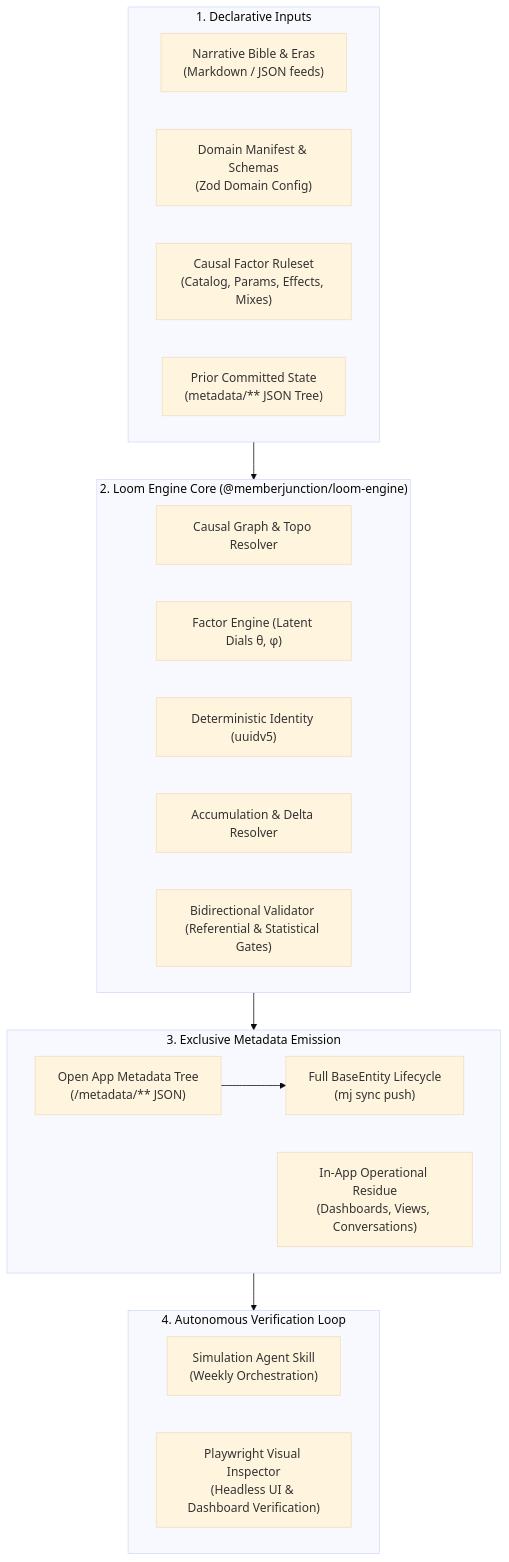
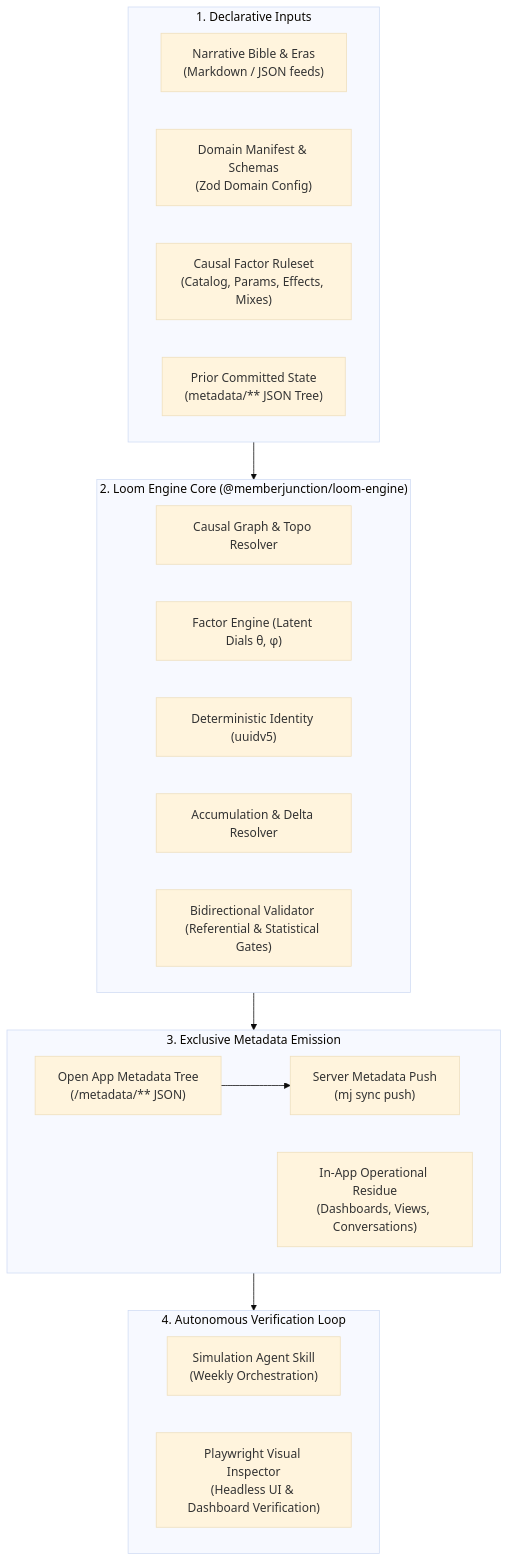
One commit to MemberJunction/loom changed the first of 2 diagrams in plans/loom-architecture-and-implementation-plan.md. Above: the diagram before and after it, drawn with Mermaid (base theme). The commit also changed other lines of this file and 18 other files, not shown here.

````diff
--- a/plans/loom-architecture-and-implementation-plan.md
+++ b/plans/loom-architecture-and-implementation-plan.md
@@ -59,33 +59,33 @@
 ```mermaid
 flowchart TD
     subgraph Inputs ["1. Declarative Inputs"]
         NC["Narrative Bible & Eras<br/>(Markdown / JSON feeds)"]
         DC["Domain Manifest & Schemas<br/>(Zod Domain Config)"]
         RS["Causal Factor Ruleset<br/>(Catalog, Params, Effects, Mixes)"]
         PS["Prior Committed State<br/>(metadata/** JSON Tree)"]
     end
 
     subgraph LoomCore ["2. Loom Engine Core (@memberjunction/loom-engine)"]
         CR["Causal Graph & Topo Resolver"]
         FR["Factor Engine (Latent Dials θ, φ)"]
         IS["Deterministic Identity (uuidv5)"]
         AR["Accumulation & Delta Resolver"]
         VR["Bidirectional Validator (Referential & Statistical Gates)"]
     end
 
     subgraph Emitters ["3. Exclusive Metadata Emission"]
         MS["Open App Metadata Tree<br/>(/metadata/** JSON)"]
-        BE["Full BaseEntity Lifecycle<br/>(mj sync push)"]
+        BE["Server Metadata Push<br/>(mj sync push)"]
         ARF["In-App Operational Residue<br/>(Dashboards, Views, Conversations)"]
     end
 
     subgraph VisualVerification ["4. Autonomous Verification Loop"]
         SKILL["Simulation Agent Skill<br/>(Weekly Orchestration)"]
         PW["Playwright Visual Inspector<br/>(Headless UI & Dashboard Verification)"]
     end
 
     Inputs --> LoomCore
     LoomCore --> Emitters
     MS --> BE
     Emitters --> VisualVerification
 ```
````
